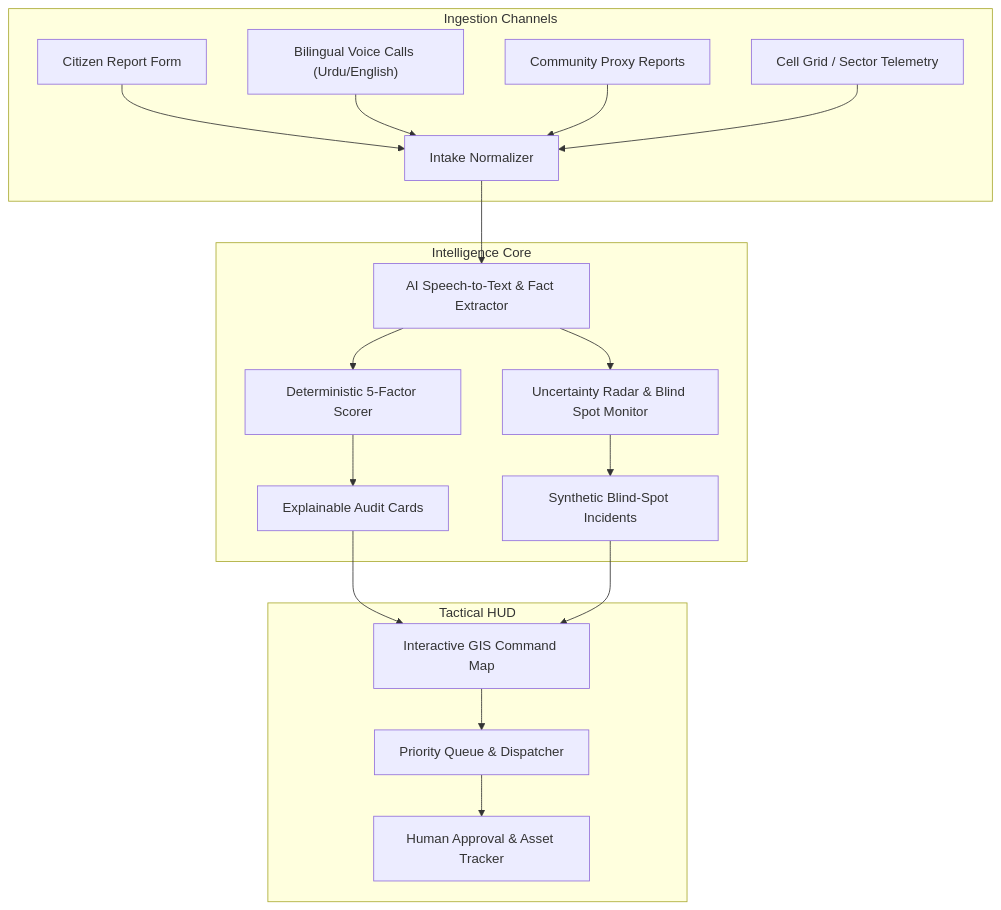
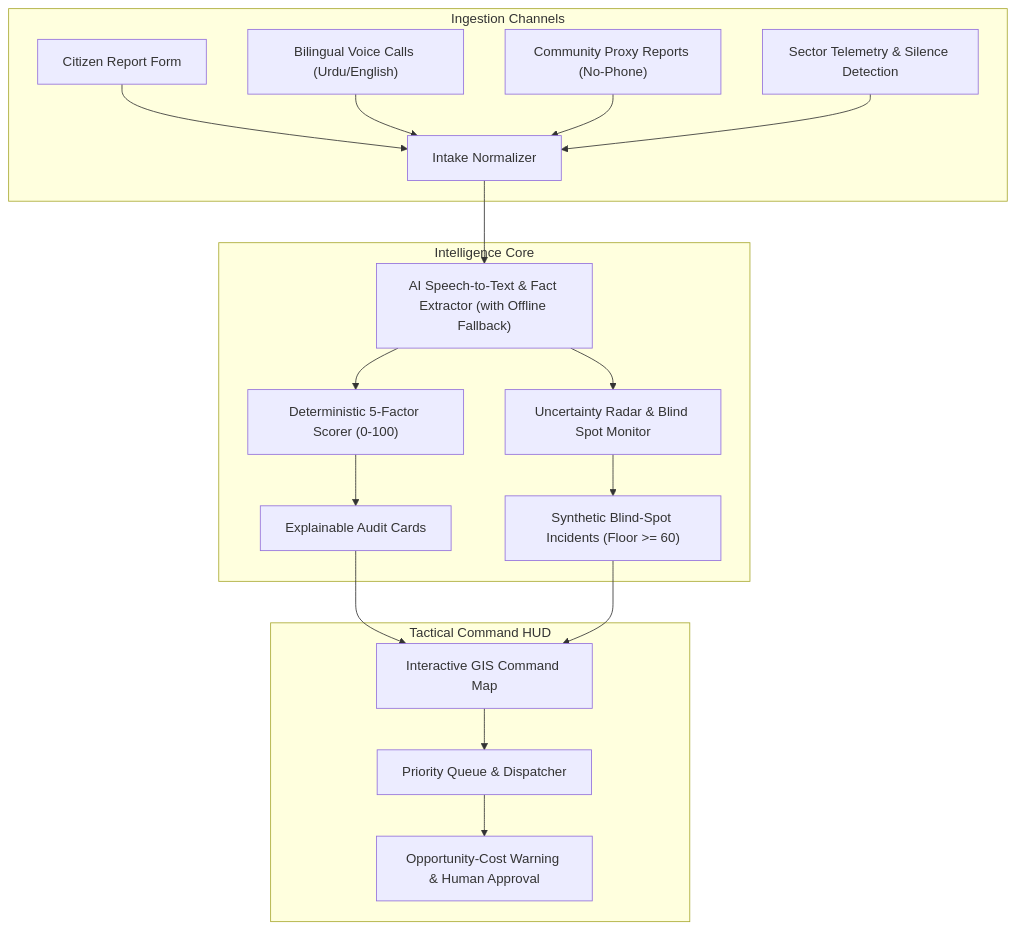
Before and after one commit to alihashmi2288/Nigehbaan: the diagram in README.md, drawn with Mermaid. The commit also changed other lines of this file and 13 other files, not shown here.

````diff
--- a/README.md
+++ b/README.md
@@ -25,23 +26,23 @@
 ```mermaid
 graph TD
     subgraph "Ingestion Channels"
         A1["Citizen Report Form"] --> B["Intake Normalizer"]
         A2["Bilingual Voice Calls (Urdu/English)"] --> B
-        A3["Community Proxy Reports"] --> B
-        A4["Cell Grid / Sector Telemetry"] --> B
+        A3["Community Proxy Reports (No-Phone)"] --> B
+        A4["Sector Telemetry & Silence Detection"] --> B
     end
 
     subgraph "Intelligence Core"
-        B --> C["AI Speech-to-Text & Fact Extractor"]
-        C --> D["Deterministic 5-Factor Scorer"]
+        B --> C["AI Speech-to-Text & Fact Extractor (with Offline Fallback)"]
+        C --> D["Deterministic 5-Factor Scorer (0-100)"]
         C --> E["Uncertainty Radar & Blind Spot Monitor"]
         D --> F["Explainable Audit Cards"]
-        E --> G["Synthetic Blind-Spot Incidents"]
+        E --> G["Synthetic Blind-Spot Incidents (Floor >= 60)"]
     end
 
-    subgraph "Tactical HUD"
+    subgraph "Tactical Command HUD"
         F & G --> H["Interactive GIS Command Map"]
         H --> I["Priority Queue & Dispatcher"]
-        I --> J["Human Approval & Asset Tracker"]
+        I --> J["Opportunity-Cost Warning & Human Approval"]
     end
 ```
````
